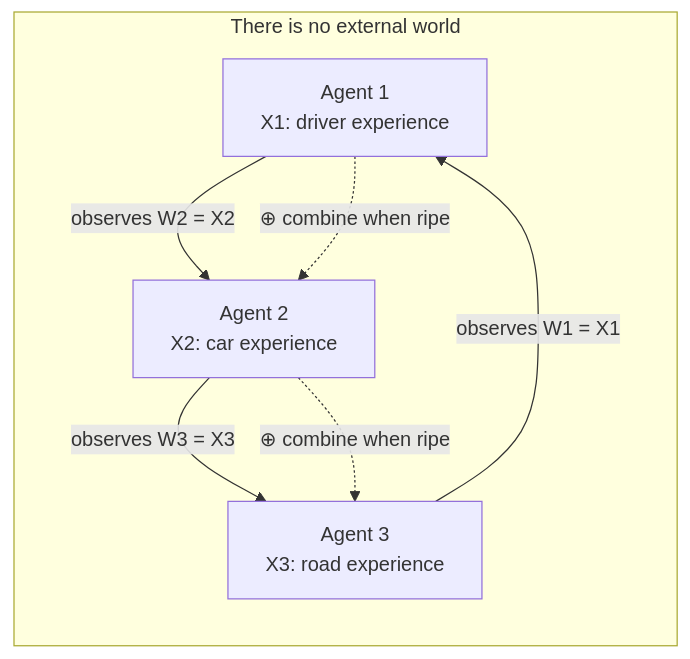
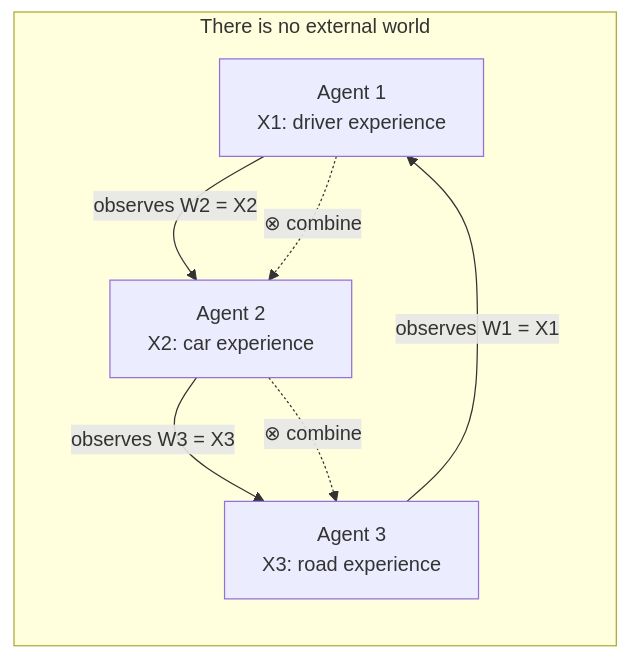
Before and after one commit to ben42-01/hoffman-agents: the seventh of 8 diagrams in site/docs/CONSCIOUS_AGENTS_VISUAL_GUIDE.md, drawn with Mermaid. The commit also changed other lines of this file and 188 other files, not shown here.

````diff
--- a/site/docs/CONSCIOUS_AGENTS_VISUAL_GUIDE.md
+++ b/site/docs/CONSCIOUS_AGENTS_VISUAL_GUIDE.md
@@ -226,14 +233,14 @@
 ```mermaid
 flowchart LR
     subgraph Reality["There is no external world"]
         CA1["Agent 1<br/>X1: driver experience"]
         CA2["Agent 2<br/>X2: car experience"]
         CA3["Agent 3<br/>X3: road experience"]
     end
 
     CA1 -->|"observes W2 = X2"| CA2
     CA2 -->|"observes W3 = X3"| CA3
     CA3 -->|"observes W1 = X1"| CA1
-    CA1 -.->|"⊕ combine when ripe"| CA2
-    CA2 -.->|"⊕ combine when ripe"| CA3
+    CA1 -.->|"⊗ combine"| CA2
+    CA2 -.->|"⊗ combine"| CA3
 ```
````
